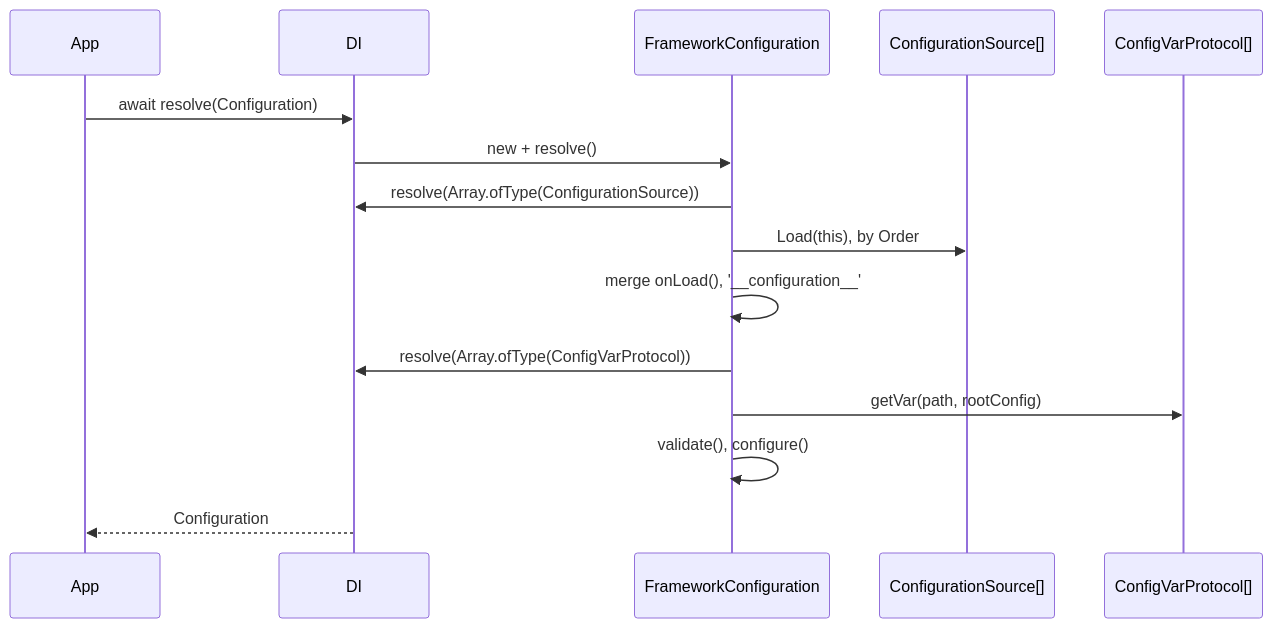
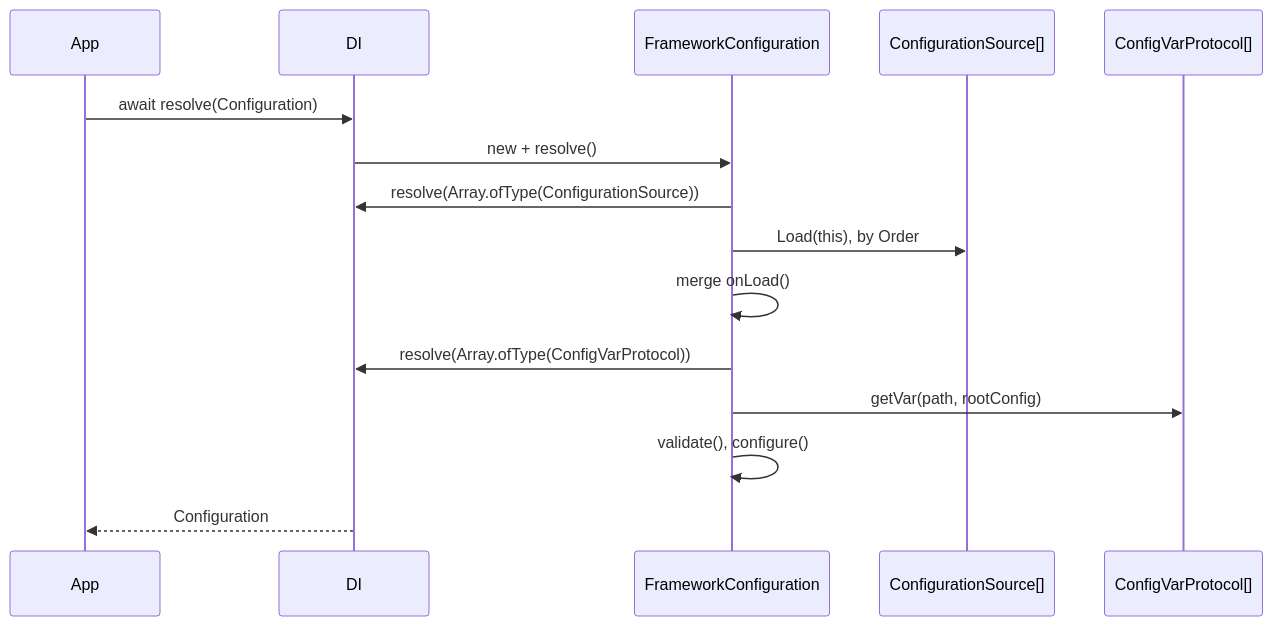
The diagram in docs/configuration-common/04-configuration-service.md (spinajs/main), drawn with Mermaid before and after one commit. The commit also changed other lines of this file and 10 other files, not shown here.

````diff
--- a/docs/configuration-common/04-configuration-service.md
+++ b/docs/configuration-common/04-configuration-service.md
@@ -45,17 +45,17 @@
 ```mermaid
 sequenceDiagram
   participant App
   participant DI
   participant Cfg as FrameworkConfiguration
   participant Src as ConfigurationSource[]
   participant Proto as ConfigVarProtocol[]
   App->>DI: await resolve(Configuration)
   DI->>Cfg: new + resolve()
   Cfg->>DI: resolve(Array.ofType(ConfigurationSource))
   Cfg->>Src: Load(this), by Order
-  Cfg->>Cfg: merge onLoad(), '__configuration__'
+  Cfg->>Cfg: merge onLoad()
   Cfg->>DI: resolve(Array.ofType(ConfigVarProtocol))
   Cfg->>Proto: getVar(path, rootConfig)
   Cfg->>Cfg: validate(), configure()
   DI-->>App: Configuration
 ```
````
